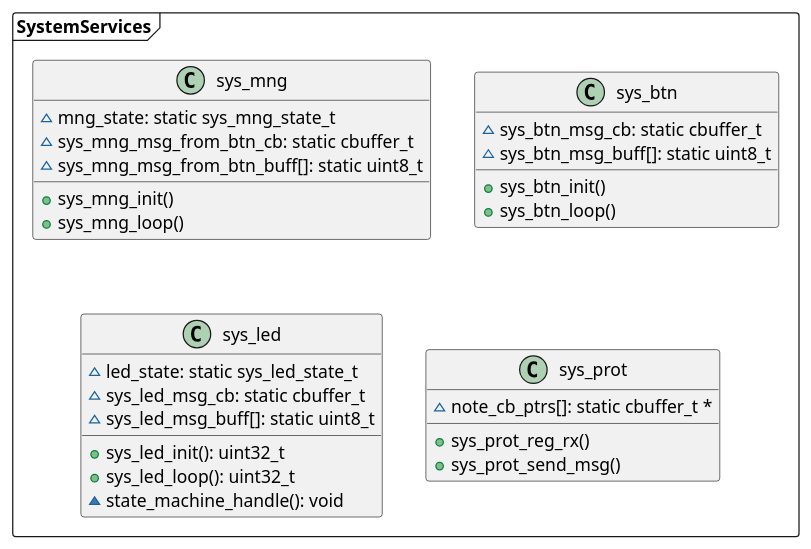
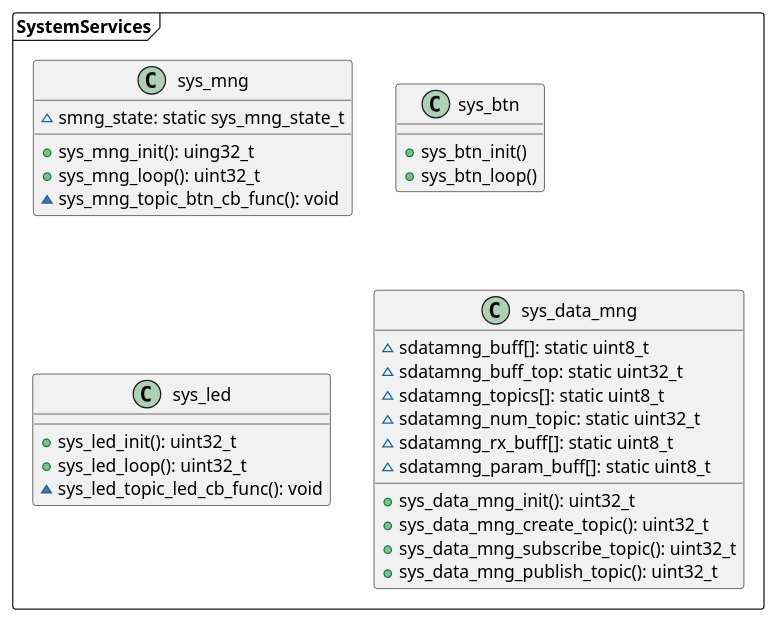
One commit to minh2002sn/led_control changed the diagram in docs/architecture_syssvcs.wsd. Above: the diagram before and after it, drawn with PlantUML. The commit also changed 7 other files, not shown here.

Commit message:
update(docs): Update plantuml files and output images

```diff
--- a/docs/architecture_syssvcs.wsd
+++ b/docs/architecture_syssvcs.wsd
@@ -1,36 +1,40 @@
 @startuml
 
 package SystemServices <<Frame>> {
   class sys_mng
   {
-    ~mng_state: static sys_mng_state_t
-    ~sys_mng_msg_from_btn_cb: static cbuffer_t
-    ~sys_mng_msg_from_btn_buff[]: static uint8_t
-    +sys_mng_init()
-    +sys_mng_loop()
+    ~smng_state: static sys_mng_state_t
+    +sys_mng_init(): uing32_t
+    +sys_mng_loop(): uint32_t
+    ~sys_mng_topic_btn_cb_func(): void
   }
+
   class sys_btn
   {
-    ~sys_btn_msg_cb: static cbuffer_t
-    ~sys_btn_msg_buff[]: static uint8_t
     +sys_btn_init()
     +sys_btn_loop()
   }
+
   class sys_led
   {
-    ~led_state: static sys_led_state_t
-    ~sys_led_msg_cb: static cbuffer_t
-    ~sys_led_msg_buff[]: static uint8_t
     +sys_led_init(): uint32_t
     +sys_led_loop(): uint32_t
-    ~state_machine_handle(): void
+    ~sys_led_topic_led_cb_func(): void
   }
-  class sys_prot
+
+  class sys_data_mng
   {
-    ~note_cb_ptrs[]: static cbuffer_t *
-    +sys_prot_reg_rx()
-    +sys_prot_send_msg()
+    ~sdatamng_buff[]: static uint8_t
+    ~sdatamng_buff_top: static uint32_t
+    ~sdatamng_topics[]: static uint8_t
+    ~sdatamng_num_topic: static uint32_t
+    ~sdatamng_rx_buff[]: static uint8_t
+    ~sdatamng_param_buff[]: static uint8_t
+    +sys_data_mng_init(): uint32_t
+    +sys_data_mng_create_topic(): uint32_t
+    +sys_data_mng_subscribe_topic(): uint32_t
+    +sys_data_mng_publish_topic(): uint32_t
   }
 }
 
 @enduml
```
